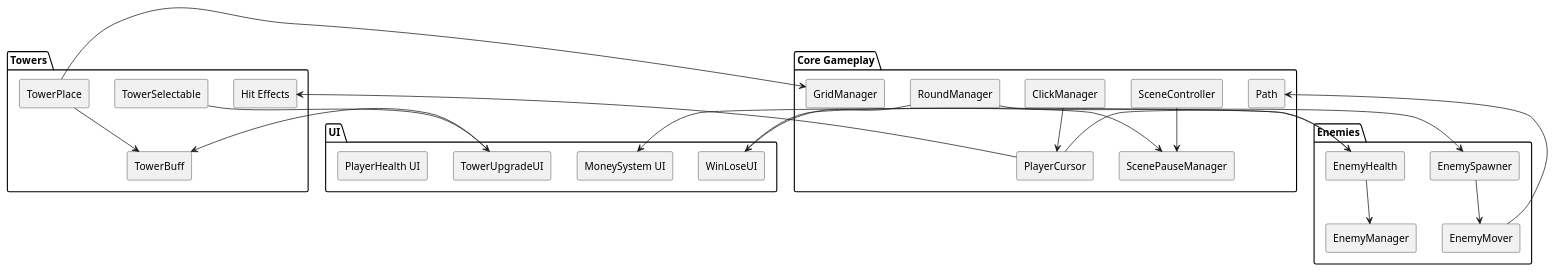
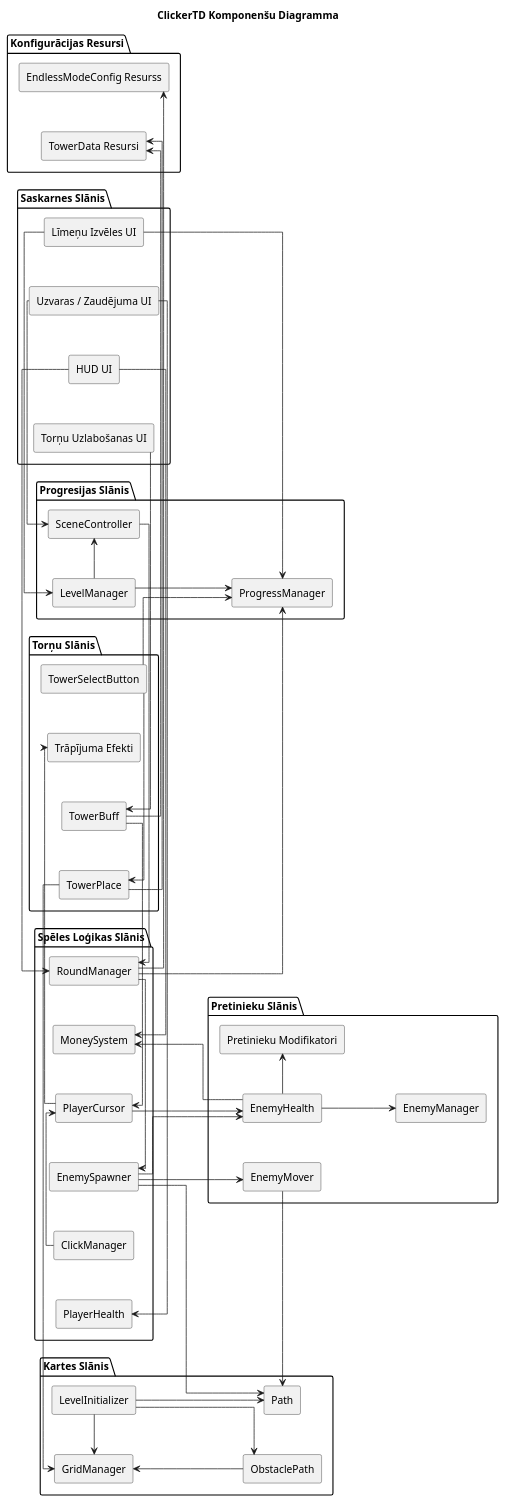
One commit to XDMariopl/ClickerTD changed the diagram in UML_Component.puml. Above: the diagram before and after it, drawn with PlantUML. The commit also changed 18 other files, not shown here.

```diff
--- a/UML_Component.puml
+++ b/UML_Component.puml
@@ -1,55 +1,99 @@
 @startuml
+title ClickerTD Komponenšu Diagramma
+
+skinparam linetype ortho
 skinparam componentStyle rectangle
+skinparam shadowing false
+skinparam ranksep 70
+skinparam nodesep 55
 
-package "UI" {
-  [TowerUpgradeUI]
-  [WinLoseUI]
-  [MoneySystem UI]
-  [PlayerHealth UI]
+left to right direction
+
+package "Saskarnes Slānis" {
+  [Līmeņu Izvēles UI]
+  [Torņu Uzlabošanas UI]
+  [Uzvaras / Zaudējuma UI]
+  [HUD UI]
 }
 
-package "Towers" {
-  [TowerPlace]
-  [TowerBuff]
-  [TowerSelectable]
-  [Hit Effects]
+package "Progresijas Slānis" {
+  [ProgressManager]
+  [LevelManager]
+  [SceneController]
 }
 
-package "Enemies" {
+package "Spēles Loģikas Slānis" {
+  [RoundManager]
   [EnemySpawner]
+  [PlayerCursor]
+  [ClickManager]
+  [MoneySystem]
+  [PlayerHealth]
+}
+
+package "Torņu Slānis" {
+  [TowerPlace]
+  [TowerSelectButton]
+  [TowerBuff]
+  [Trāpījuma Efekti]
+}
+
+package "Pretinieku Slānis" {
   [EnemyMover]
   [EnemyHealth]
   [EnemyManager]
+  [Pretinieku Modifikatori]
 }
 
-package "Core Gameplay" {
-  [PlayerCursor]
-  [ClickManager]
-  [RoundManager]
+package "Kartes Slānis" {
   [GridManager]
   [Path]
-  [ScenePauseManager]
-  [SceneController]
+  [ObstaclePath]
+  [LevelInitializer]
 }
 
-[TowerPlace] --> [GridManager]
-[TowerPlace] --> [TowerBuff]
-[TowerSelectable] --> [TowerUpgradeUI]
-[TowerUpgradeUI] --> [TowerBuff]
+package "Konfigurācijas Resursi" {
+  [TowerData Resursi]
+  [EndlessModeConfig Resurss]
+}
 
-[ClickManager] --> [PlayerCursor]
-[PlayerCursor] --> [Hit Effects]
-[PlayerCursor] --> [EnemyHealth]
+[Līmeņu Izvēles UI] -right-> [LevelManager]
+[Līmeņu Izvēles UI] -down-> [ProgressManager]
+[Torņu Uzlabošanas UI] -down-> [TowerBuff]
+[Uzvaras / Zaudējuma UI] -left-> [SceneController]
+[Uzvaras / Zaudējuma UI] -down-> [PlayerHealth]
+[HUD UI] -left-> [MoneySystem]
+[HUD UI] -left-> [RoundManager]
 
-[EnemySpawner] --> [EnemyMover]
-[EnemyMover] --> [Path]
-[EnemyHealth] --> [EnemyManager]
-[EnemyHealth] --> [MoneySystem UI]
+[LevelManager] -down-> [ProgressManager]
+[LevelManager] -right-> [SceneController]
+[SceneController] -down-> [RoundManager]
 
-[RoundManager] --> [EnemySpawner]
-[RoundManager] --> [WinLoseUI]
+[RoundManager] -right-> [EnemySpawner]
+[RoundManager] -down-> [ProgressManager]
+[RoundManager] -left-> [EndlessModeConfig Resurss]
 
-[WinLoseUI] --> [ScenePauseManager]
-[SceneController] --> [ScenePauseManager]
+[ClickManager] -right-> [PlayerCursor]
+[PlayerCursor] -down-> [Trāpījuma Efekti]
+[PlayerCursor] -right-> [EnemyHealth]
+[TowerPlace] -down-> [GridManager]
+[TowerPlace] -right-> [TowerData Resursi]
+[TowerSelectButton] -left-> [TowerPlace]
+[TowerSelectButton] -down-> [ProgressManager]
+[TowerBuff] -left-> [PlayerCursor]
+[TowerBuff] -down-> [TowerData Resursi]
+
+[EnemySpawner] -down-> [EnemyMover]
+[EnemySpawner] -down-> [EnemyHealth]
+[EnemySpawner] -left-> [Path]
+[EnemyHealth] -right-> [Pretinieku Modifikatori]
+[EnemyHealth] -down-> [MoneySystem]
+[EnemyHealth] -down-> [EnemyManager]
+[EnemyMover] -left-> [Path]
+
+[LevelInitializer] -left-> [GridManager]
+[LevelInitializer] -down-> [Path]
+[LevelInitializer] -down-> [ObstaclePath]
+[ObstaclePath] -left-> [GridManager]
 
 @enduml
```
